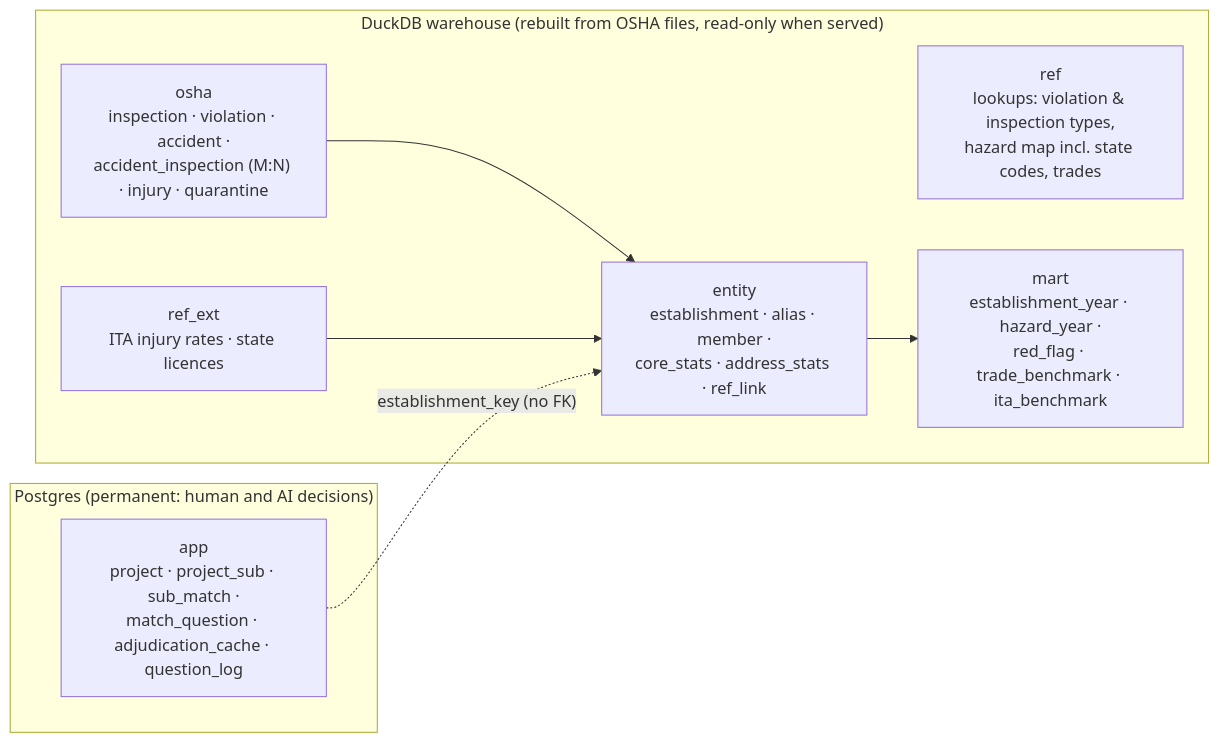
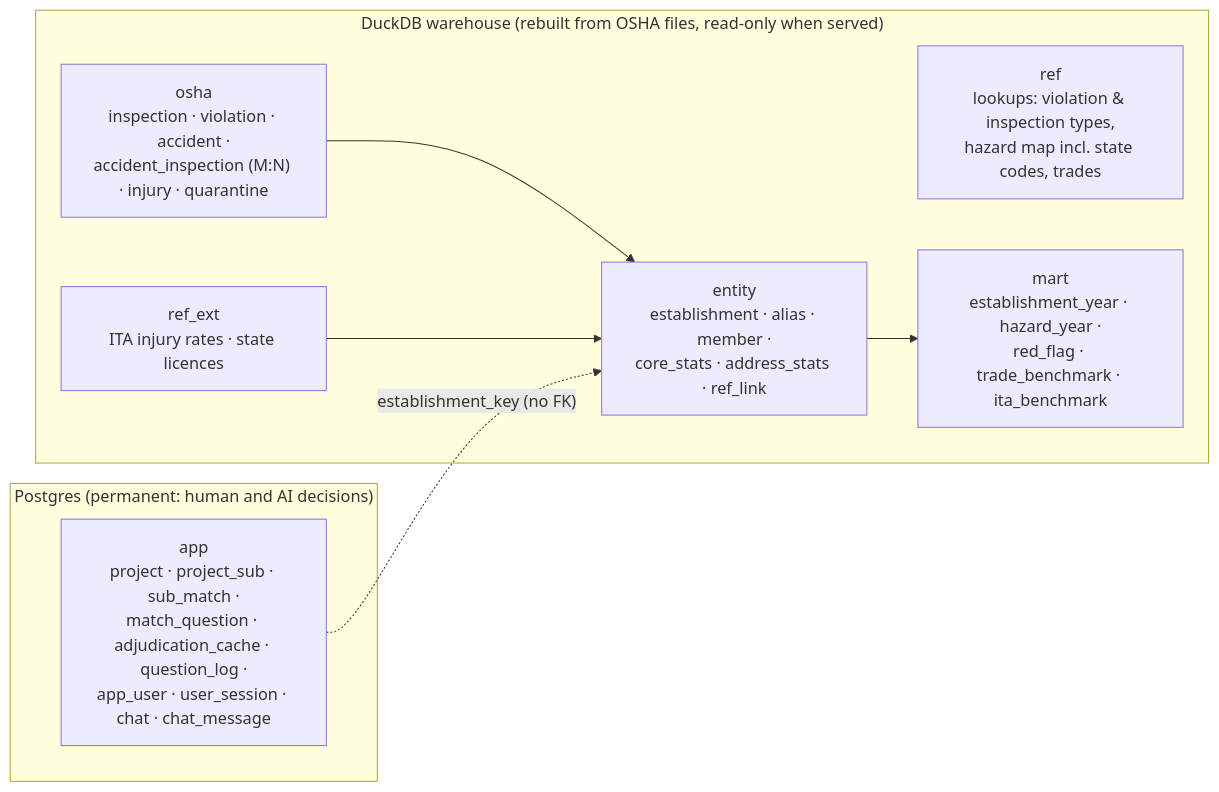
One commit to peterhyland0/site-safety-intelligence changed the diagram in README.md. Above: the diagram before and after it, drawn with Mermaid. The commit also changed other lines of this file and 34 other files, not shown here.

````diff
--- a/README.md
+++ b/README.md
@@ -49,16 +50,16 @@
 ```mermaid
 flowchart LR
   subgraph DuckDB["DuckDB warehouse (rebuilt from OSHA files, read-only when served)"]
     ref["ref<br/>lookups: violation &amp; inspection types,<br/>hazard map incl. state codes, trades"]
     osha["osha<br/>inspection · violation · accident ·<br/>accident_inspection (M:N) · injury · quarantine"]
     entity["entity<br/>establishment · alias · member ·<br/>core_stats · address_stats · ref_link"]
     refext["ref_ext<br/>ITA injury rates · state licences"]
     mart["mart<br/>establishment_year · hazard_year ·<br/>red_flag · trade_benchmark · ita_benchmark"]
   end
   subgraph Postgres["Postgres (permanent: human and AI decisions)"]
-    app["app<br/>project · project_sub · sub_match ·<br/>match_question · adjudication_cache · question_log"]
+    app["app<br/>project · project_sub · sub_match ·<br/>match_question · adjudication_cache · question_log ·<br/>app_user · user_session · chat · chat_message"]
   end
   osha --> entity --> mart
   refext --> entity
   app -. "establishment_key (no FK)" .-> entity
 ```
````
